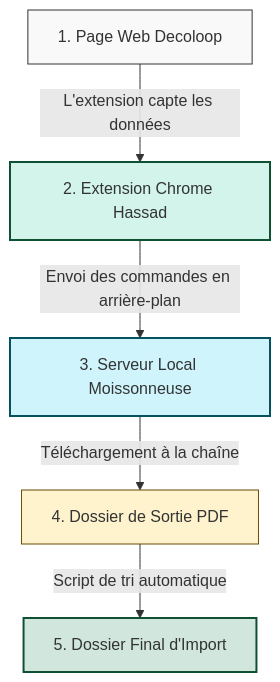
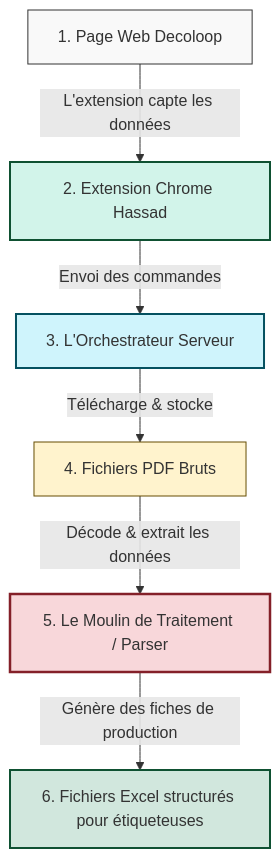
One commit to maatallah/pdfxport changed the first of 2 diagrams in PDFXport_Overview_FR.md. Above: the diagram before and after it, drawn with Mermaid. The commit also changed other lines of this file, not shown here.

Commit message:
docs: upgrade French project overview to accurately present the advanced role of Moissonneuse-Moulin (parser)

````diff
--- a/PDFXport_Overview_FR.md
+++ b/PDFXport_Overview_FR.md
@@ -27,13 +27,15 @@
 ```mermaid
 graph TD
     A[1. Page Web Decoloop] -->|L'extension capte les données| B[2. Extension Chrome Hassad]
-    B -->|Envoi des commandes en arrière-plan| C[3. Serveur Local Moissonneuse]
-    C -->|Téléchargement à la chaîne| D[4. Dossier de Sortie PDF]
-    D -->|Script de tri automatique| E[5. Dossier Final d'Import]
+    B -->|Envoi des commandes| C[3. L'Orchestrateur Serveur]
+    C -->|Télécharge & stocke| D[4. Fichiers PDF Bruts]
+    D -->|Décode & extrait les données| E[5. Le Moulin de Traitement / Parser]
+    E -->|Génère des fiches de production| F[6. Fichiers Excel structurés pour étiqueteuses]
     
     style A fill:#f9f9f9,stroke:#333,stroke-width:1px
     style B fill:#d2f4ea,stroke:#0f5132,stroke-width:2px
     style C fill:#cff4fc,stroke:#055160,stroke-width:2px
     style D fill:#fff3cd,stroke:#664d03,stroke-width:1px
-    style E fill:#d1e7dd,stroke:#0f5132,stroke-width:2px
+    style E fill:#f8d7da,stroke:#842029,stroke-width:2.5px
+    style F fill:#d1e7dd,stroke:#0f5132,stroke-width:2px
 ```
````
